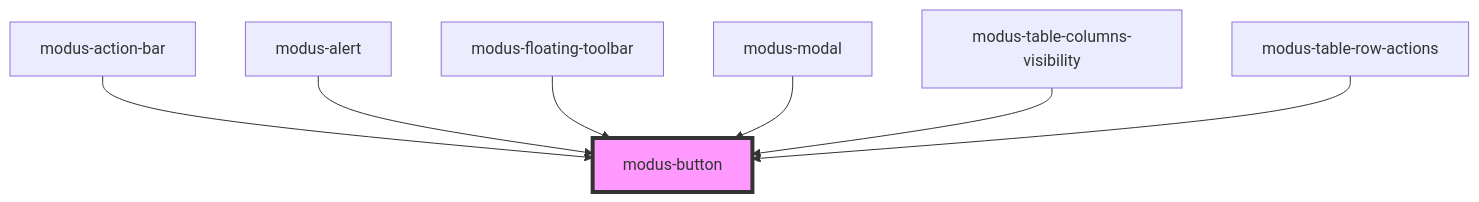
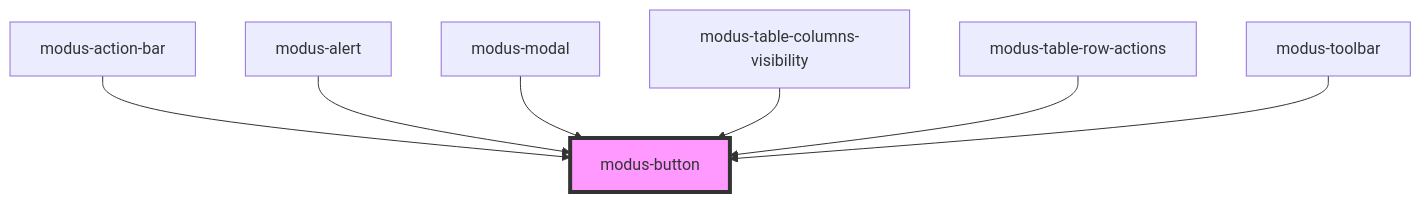
Before and after one commit to trimble-oss/modus-web-components: the diagram in stencil-workspace/src/components/modus-button/readme.md, drawn with Mermaid. The commit also changed other lines of this file and 14 other files, not shown here.

````diff
--- a/stencil-workspace/src/components/modus-button/readme.md
+++ b/stencil-workspace/src/components/modus-button/readme.md
@@ -71,10 +71,10 @@
 ```mermaid
 graph TD;
   modus-action-bar --> modus-button
   modus-alert --> modus-button
-  modus-floating-toolbar --> modus-button
   modus-modal --> modus-button
   modus-table-columns-visibility --> modus-button
   modus-table-row-actions --> modus-button
+  modus-toolbar --> modus-button
   style modus-button fill:#f9f,stroke:#333,stroke-width:4px
 ```
````
